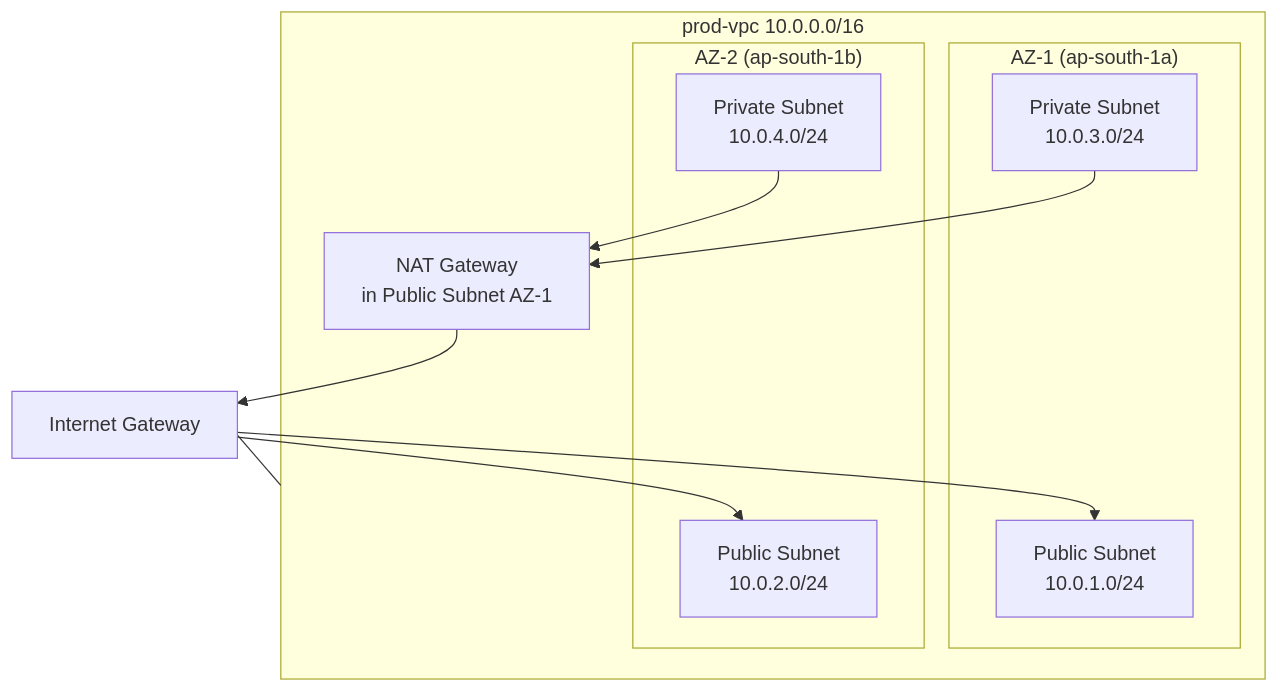
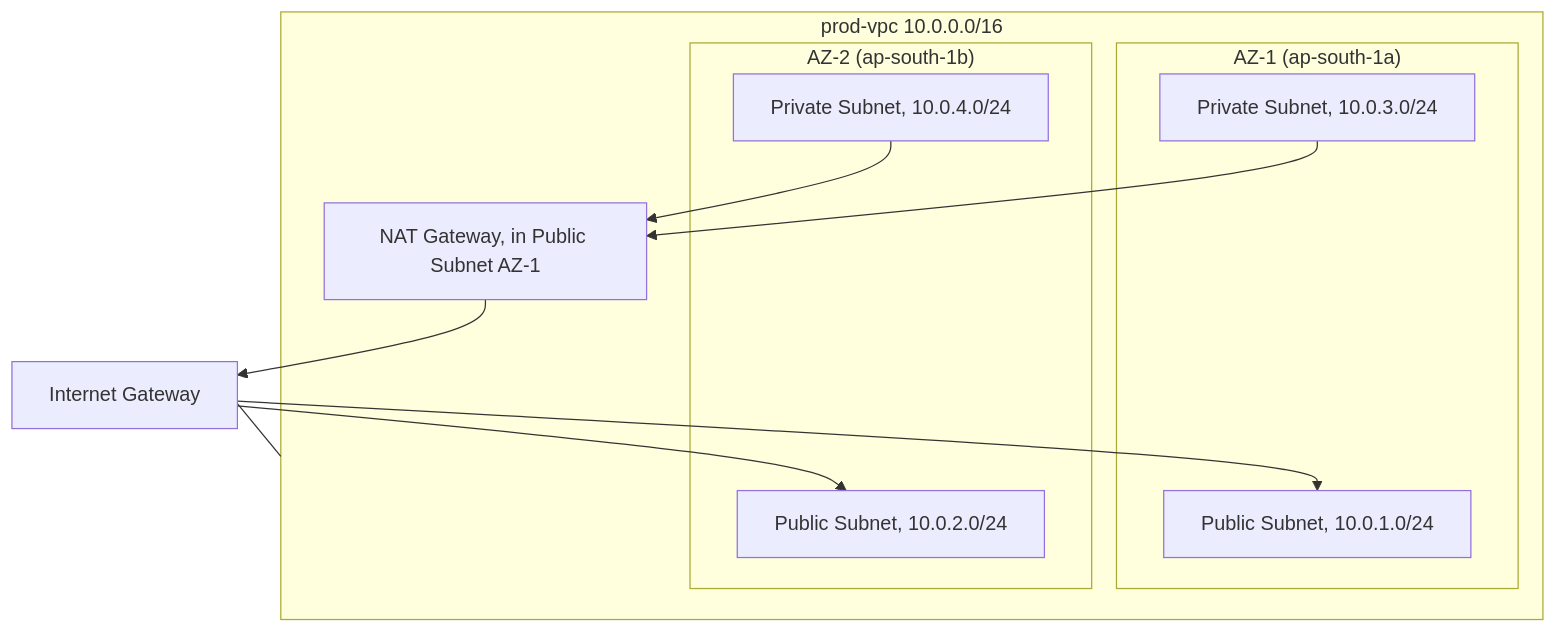
Before and after one commit to DeeptiShuklaProject/Uday_AWS: the third of 5 diagrams in Chapter_04_Amazon_VPC.md, drawn with Mermaid. The commit also changed other lines of this file and 34 other files, not shown here.

Commit message:
Fix mermaid diagrams syntax across all chapters (quote labels and remove HTML)

````diff
--- a/Chapter_04_Amazon_VPC.md
+++ b/Chapter_04_Amazon_VPC.md
@@ -813,17 +813,17 @@
 ```mermaid
 flowchart TD
     IGW[Internet Gateway] --- VPC
     subgraph VPC["prod-vpc 10.0.0.0/16"]
         subgraph AZ1["AZ-1 (ap-south-1a)"]
-            PubA[Public Subnet<br>10.0.1.0/24]
-            PrivA[Private Subnet<br>10.0.3.0/24]
+            PubA["Public Subnet, 10.0.1.0/24"]
+            PrivA["Private Subnet, 10.0.3.0/24"]
         end
         subgraph AZ2["AZ-2 (ap-south-1b)"]
-            PubB[Public Subnet<br>10.0.2.0/24]
-            PrivB[Private Subnet<br>10.0.4.0/24]
+            PubB["Public Subnet, 10.0.2.0/24"]
+            PrivB["Private Subnet, 10.0.4.0/24"]
         end
-        NAT[NAT Gateway<br>in Public Subnet AZ-1]
+        NAT["NAT Gateway, in Public Subnet AZ-1"]
     end
     IGW --> PubA & PubB
     PrivA & PrivB --> NAT --> IGW
 ```
````
